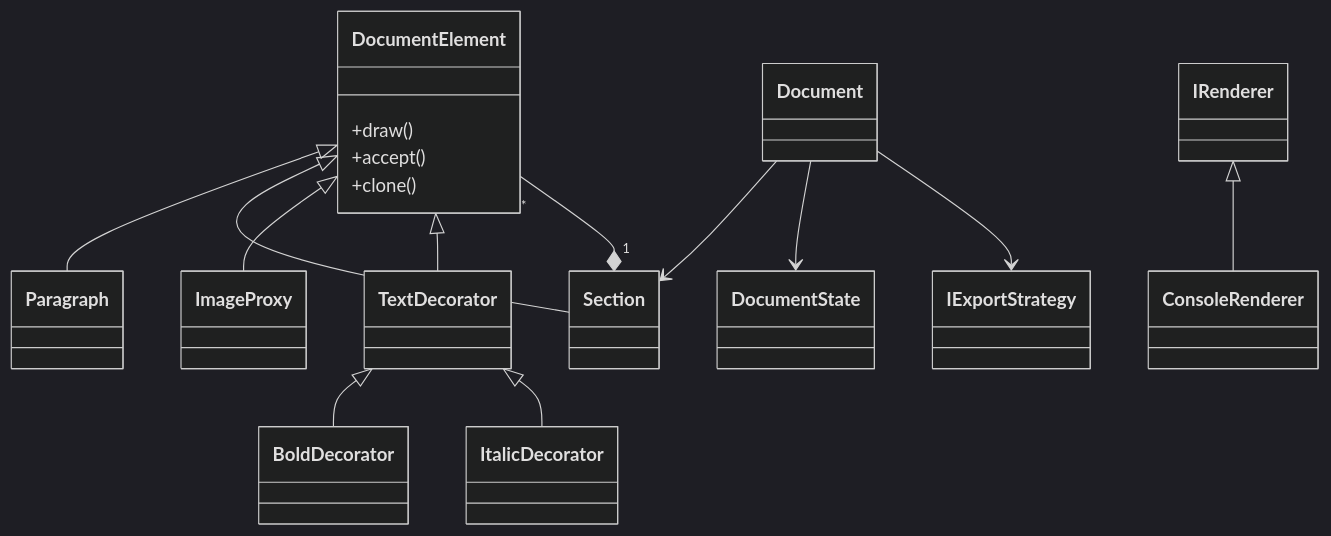
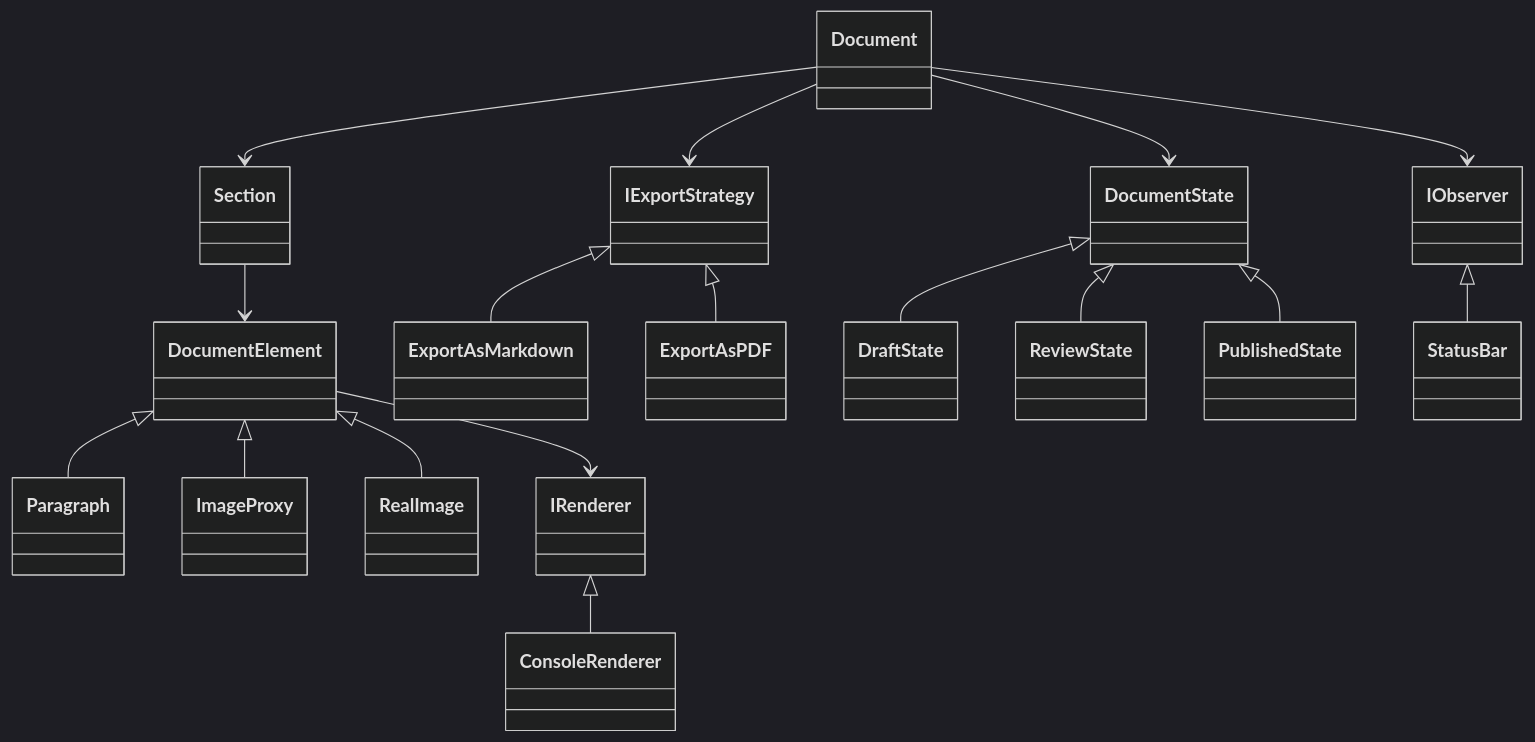
The diagram in README.md (Non-Spk/document-editor), drawn with Mermaid (dark theme) before and after one commit. The commit also changed other lines of this file, not shown here.

````diff
--- a/README.md
+++ b/README.md
@@ -95,28 +82,24 @@
 ```mermaid
 classDiagram
+    Document --> Section
+    Section --> DocumentElement
+    DocumentElement <|-- Paragraph
+    DocumentElement <|-- ImageProxy
+    DocumentElement <|-- RealImage
 
-class DocumentElement {
-    +draw()
-    +accept()
-    +clone()
-}
+    Document --> DocumentState
+    Document --> IExportStrategy
+    Document --> IObserver
 
-DocumentElement <|-- Paragraph
-DocumentElement <|-- Section
-DocumentElement <|-- ImageProxy
+    IExportStrategy <|-- ExportAsMarkdown
+    IExportStrategy <|-- ExportAsPDF
 
-Section "1" *-- "*" DocumentElement
+    DocumentState <|-- DraftState
+    DocumentState <|-- ReviewState
+    DocumentState <|-- PublishedState
 
-class TextDecorator
-DocumentElement <|-- TextDecorator
-TextDecorator <|-- BoldDecorator
-TextDecorator <|-- ItalicDecorator
+    IObserver <|-- StatusBar
 
-class Document
-Document --> Section
-Document --> DocumentState
-Document --> IExportStrategy
-
-class IRenderer
-IRenderer <|-- ConsoleRenderer
+    DocumentElement --> IRenderer
+    IRenderer <|-- ConsoleRenderer
 ```
````
